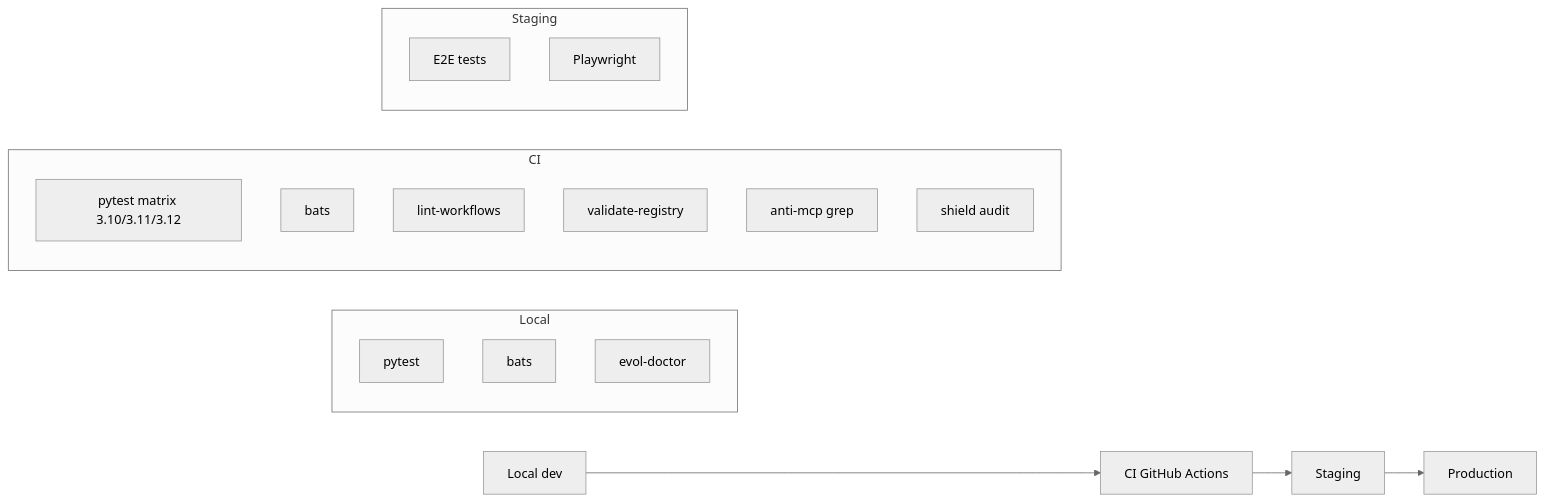
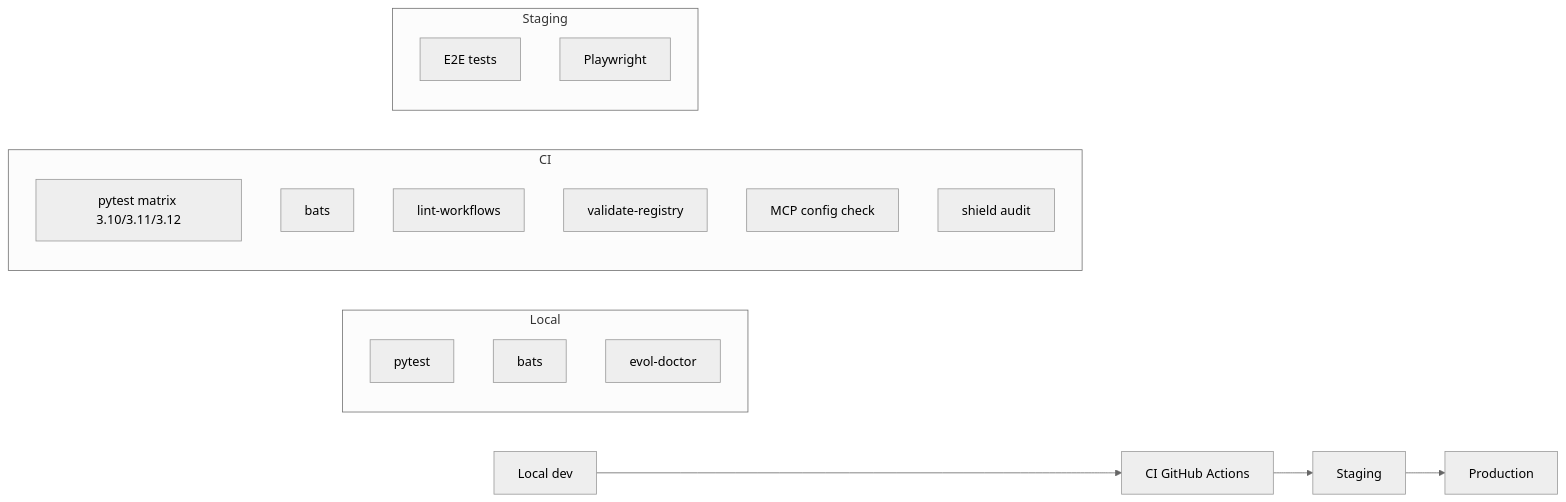
Before and after one commit to Cucholambr3ta/evol-system: the second of 2 diagrams in docs/qa/PLAN_QA.md, drawn with Mermaid (neutral theme). The commit also changed other lines of this file and 80 other files, not shown here.

````diff
--- a/docs/qa/PLAN_QA.md
+++ b/docs/qa/PLAN_QA.md
@@ -468,26 +468,26 @@
 ```mermaid
 graph LR
     A[Local dev] --> B[CI GitHub Actions]
     B --> C[Staging]
     C --> D[Production]
 
     subgraph "Local"
         A1[pytest]
         A2[bats]
         A3[evol-doctor]
     end
 
     subgraph "CI"
         B1[pytest matrix 3.10/3.11/3.12]
         B2[bats]
         B3[lint-workflows]
         B4[validate-registry]
-        B5[anti-mcp grep]
+        B5[MCP config check]
         B6[shield audit]
     end
 
     subgraph "Staging"
         C1[E2E tests]
         C2[Playwright]
     end
 ```
````
